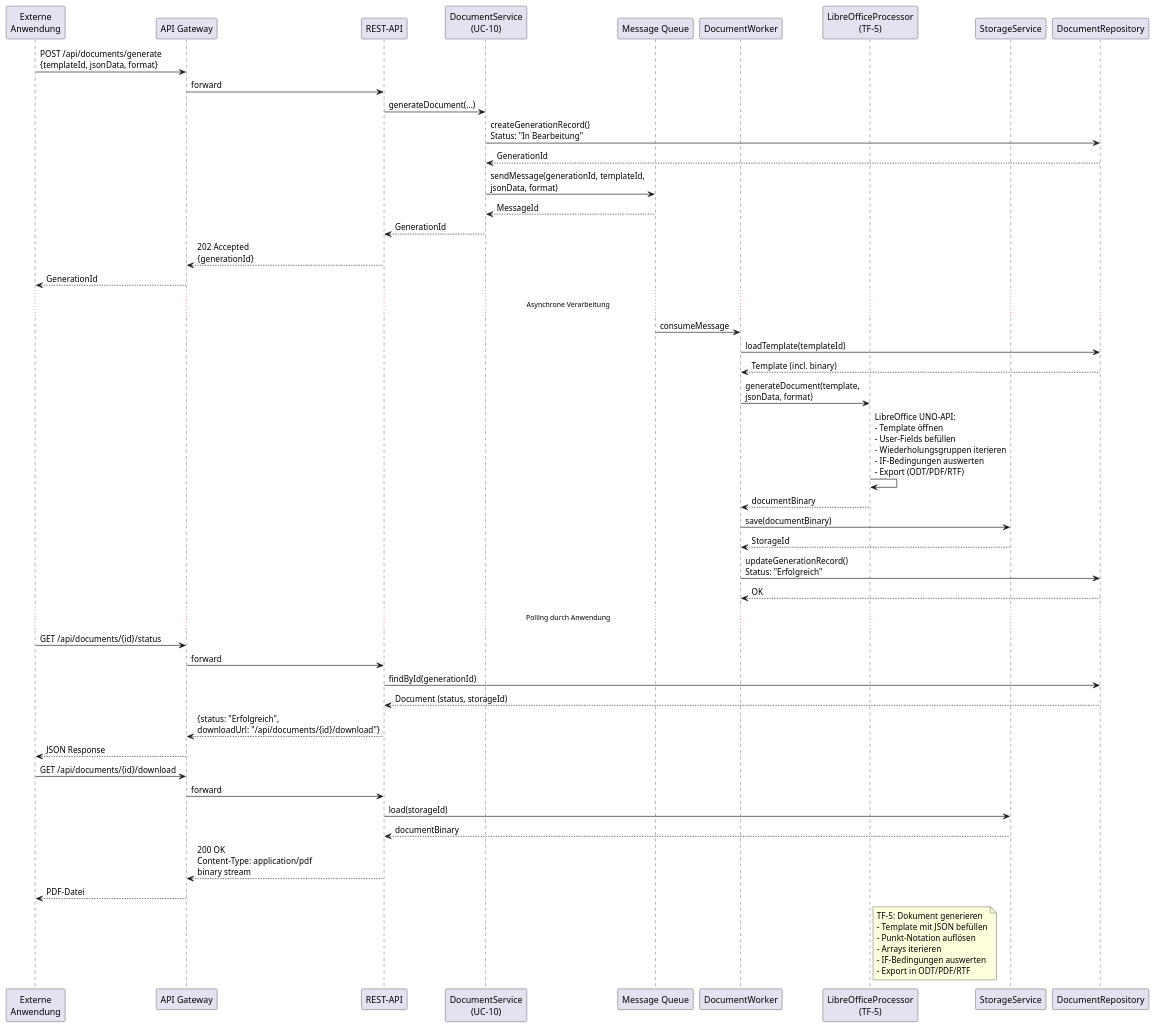
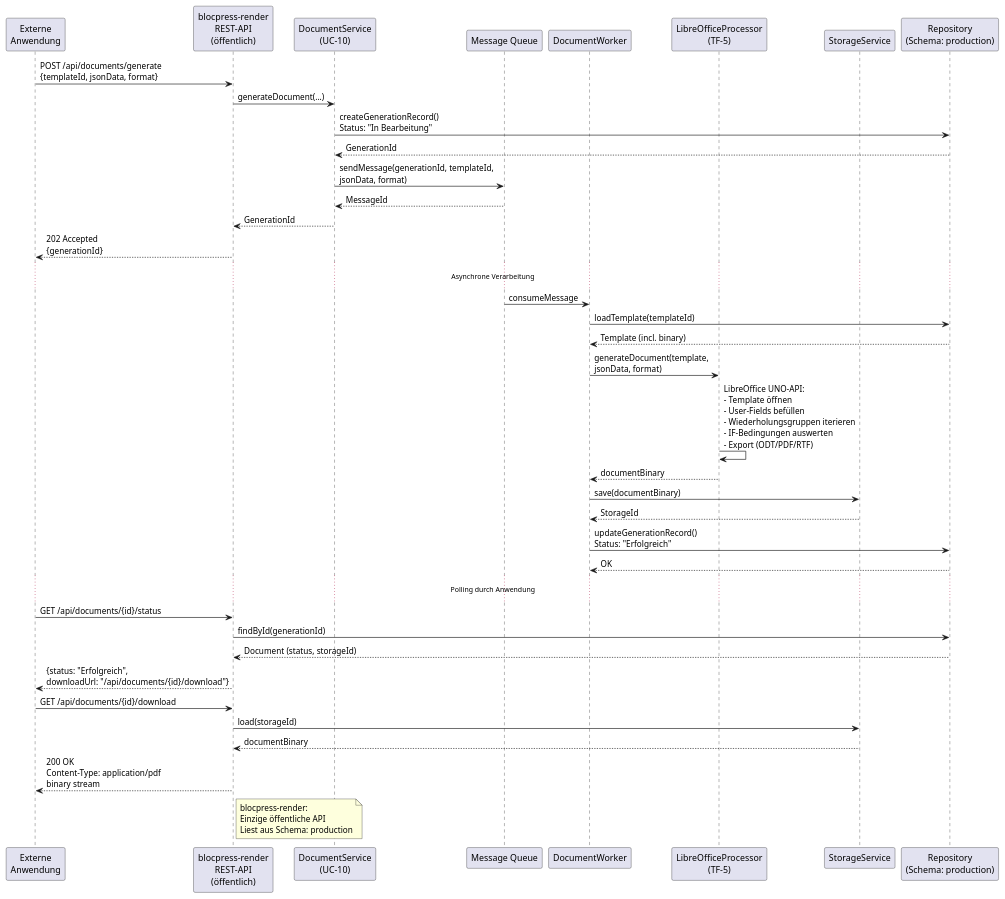
One commit to flaechsig/blocpress changed the eighth of 15 diagrams in docs/arc42.adoc. Above: the diagram before and after it, drawn with PlantUML. The commit also changed other lines of this file and 5 other files, not shown here.

```diff
--- a/docs/arc42.adoc
+++ b/docs/arc42.adoc
@@ -728,63 +811,53 @@
 [plantuml, laufzeit-doc-generation, svg]
 ----
 @startuml
 participant "Externe\nAnwendung" as App
-participant "API Gateway" as Gateway
-participant "REST-API" as API
+participant "blocpress-render\nREST-API\n(öffentlich)" as API
 participant "DocumentService\n(UC-10)" as UC
 participant "Message Queue" as MQ
 participant "DocumentWorker" as Worker
 participant "LibreOfficeProcessor\n(TF-5)" as LO
 participant "StorageService" as Storage
-participant "DocumentRepository" as Repo
+participant "Repository\n(Schema: production)" as Repo
 
-App -> Gateway : POST /api/documents/generate\n{templateId, jsonData, format}
-Gateway -> API : forward
+App -> API : POST /api/documents/generate\n{templateId, jsonData, format}
 API -> UC : generateDocument(...)
 UC -> Repo : createGenerationRecord()\nStatus: "In Bearbeitung"
 Repo --> UC : GenerationId
 UC -> MQ : sendMessage(generationId, templateId,\njsonData, format)
 MQ --> UC : MessageId
 UC --> API : GenerationId
-API --> Gateway : 202 Accepted\n{generationId}
-Gateway --> App : GenerationId
+API --> App : 202 Accepted\n{generationId}
 
 ... Asynchrone Verarbeitung ...
 
 MQ -> Worker : consumeMessage
 Worker -> Repo : loadTemplate(templateId)
 Repo --> Worker : Template (incl. binary)
 Worker -> LO : generateDocument(template,\njsonData, format)
 LO -> LO : LibreOffice UNO-API:\n- Template öffnen\n- User-Fields befüllen\n- Wiederholungsgruppen iterieren\n- IF-Bedingungen auswerten\n- Export (ODT/PDF/RTF)
 LO --> Worker : documentBinary
 Worker -> Storage : save(documentBinary)
 Storage --> Worker : StorageId
 Worker -> Repo : updateGenerationRecord()\nStatus: "Erfolgreich"
 Repo --> Worker : OK
 
 ... Polling durch Anwendung ...
 
-App -> Gateway : GET /api/documents/{id}/status
-Gateway -> API : forward
+App -> API : GET /api/documents/{id}/status
 API -> Repo : findById(generationId)
 Repo --> API : Document (status, storageId)
-API --> Gateway : {status: "Erfolgreich",\ndownloadUrl: "/api/documents/{id}/download"}
-Gateway --> App : JSON Response
+API --> App : {status: "Erfolgreich",\ndownloadUrl: "/api/documents/{id}/download"}
 
-App -> Gateway : GET /api/documents/{id}/download
-Gateway -> API : forward
+App -> API : GET /api/documents/{id}/download
 API -> Storage : load(storageId)
 Storage --> API : documentBinary
-API --> Gateway : 200 OK\nContent-Type: application/pdf\nbinary stream
-Gateway --> App : PDF-Datei
+API --> App : 200 OK\nContent-Type: application/pdf\nbinary stream
 
-note right of LO
-  TF-5: Dokument generieren
-  - Template mit JSON befüllen
-  - Punkt-Notation auflösen
-  - Arrays iterieren
-  - IF-Bedingungen auswerten
-  - Export in ODT/PDF/RTF
+note right of API
+  blocpress-render:
+  Einzige öffentliche API
+  Liest aus Schema: production
 end note
 @enduml
 ----
```
